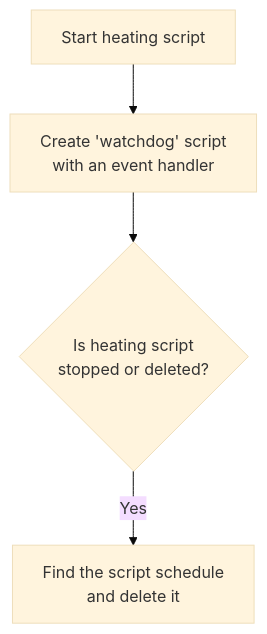
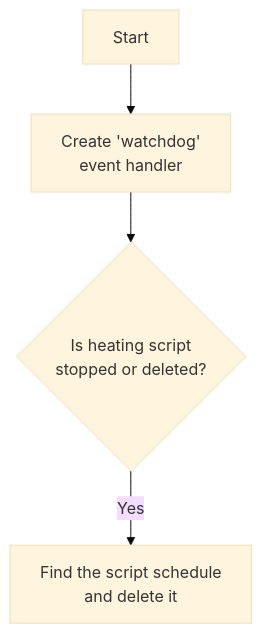
Before and after one commit to LeivoSepp/Smart-heating-management-with-Shelly: the second of 2 diagrams in README.md, drawn with Mermaid (base theme). The commit also changed other lines of this file and 1 other file, not shown here.

````diff
--- a/README.md
+++ b/README.md
@@ -309,6 +297,6 @@
 ```mermaid
 flowchart TD
-    0[Start heating script] --> A
-    A[Create 'watchdog' script </br>with an event handler] --> K{Is heating script </br>stopped or deleted?}
+    0[Start] --> A
+    A[Create 'watchdog' </br>event handler] --> K{Is heating script </br>stopped or deleted?}
     K -- Yes --> B[Find the script schedule</br>and delete it]
 ```
````
